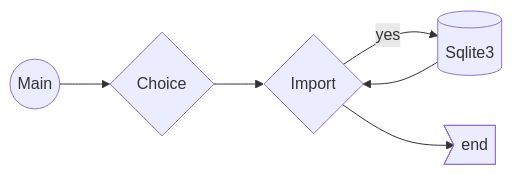
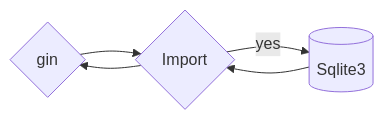
The second of 4 diagrams in docs/README.md (XRSec/sslt), drawn with Mermaid before and after one commit. The commit also changed other lines of this file and 6 other files, not shown here.

````diff
--- a/docs/README.md
+++ b/docs/README.md
@@ -101,4 +92,4 @@
 ```mermaid
 flowchart LR
-    Main((Main))-->Choice{Choice}-->Import{Import}--yes-->Sqlite3[(Sqlite3)]-->Import{Import}-->End>end];
+    gin{gin}-->Import{Import}--yes-->Sqlite3[(Sqlite3)]-->Import{Import}-->gin{gin};
 ```
````
